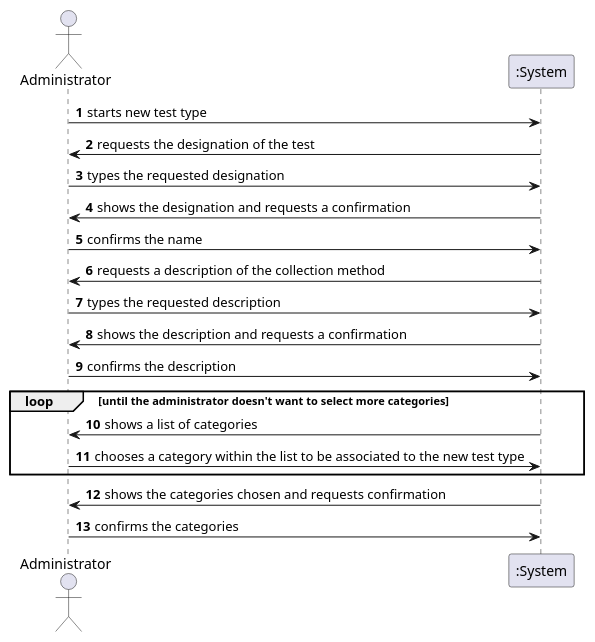
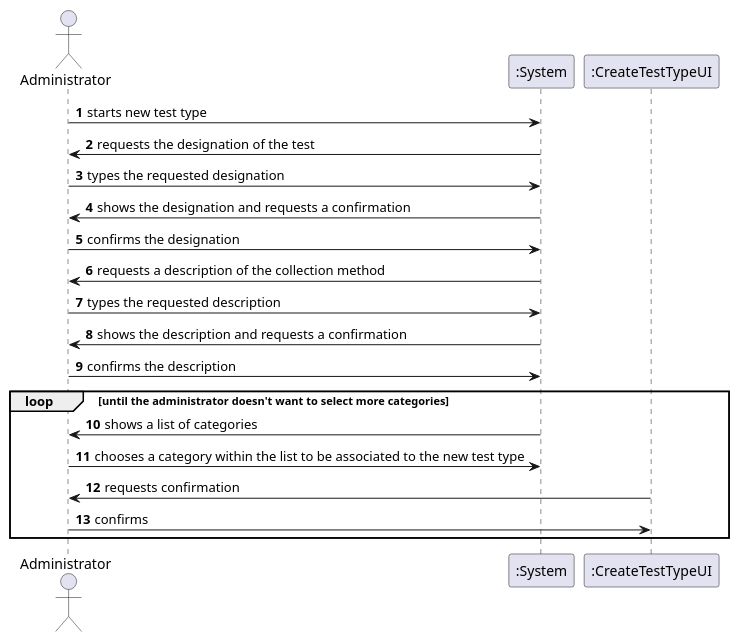
The diagram in docs/SprintB/US9/US9_SSD.puml (MadDinosaur/ISEP-LAPR2), drawn with PlantUML before and after one commit. The commit also changed 13 other files, not shown here.

```diff
--- a/docs/SprintB/US9/US9_SSD.puml
+++ b/docs/SprintB/US9/US9_SSD.puml
@@ -1,23 +1,23 @@
 @startuml
 
 autonumber
 
 actor Administrator
 
 Administrator -> ":System": starts new test type
 ":System" -> Administrator: requests the designation of the test
 Administrator -> ":System": types the requested designation
 ":System" -> Administrator: shows the designation and requests a confirmation
-Administrator -> ":System": confirms the name
+Administrator -> ":System": confirms the designation
 ":System" -> Administrator: requests a description of the collection method
 Administrator -> ":System": types the requested description
 ":System" -> Administrator: shows the description and requests a confirmation
 Administrator -> ":System": confirms the description
 loop until the administrator doesn't want to select more categories
 ":System" -> Administrator: shows a list of categories
 Administrator -> ":System": chooses a category within the list to be associated to the new test type
+":CreateTestTypeUI" -> Administrator: requests confirmation
+Administrator -> ":CreateTestTypeUI": confirms
 end loop
-":System" -> Administrator: shows the categories chosen and requests confirmation
-Administrator -> ":System": confirms the categories
 
 @enduml
```
